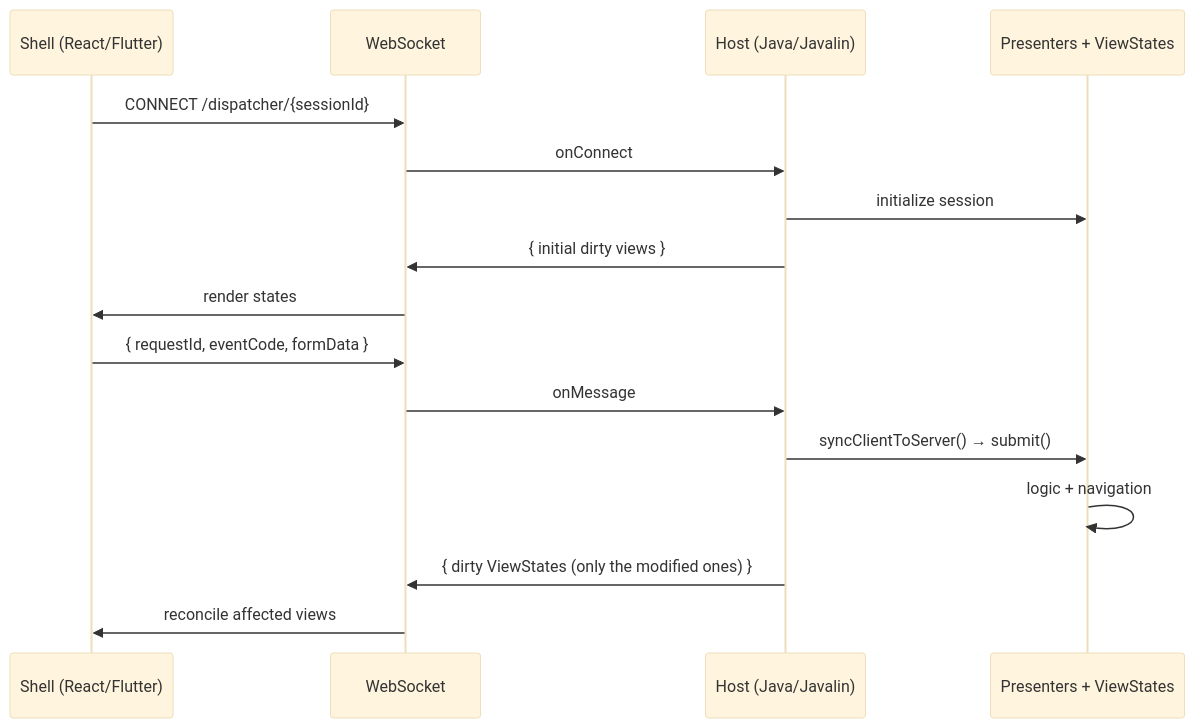
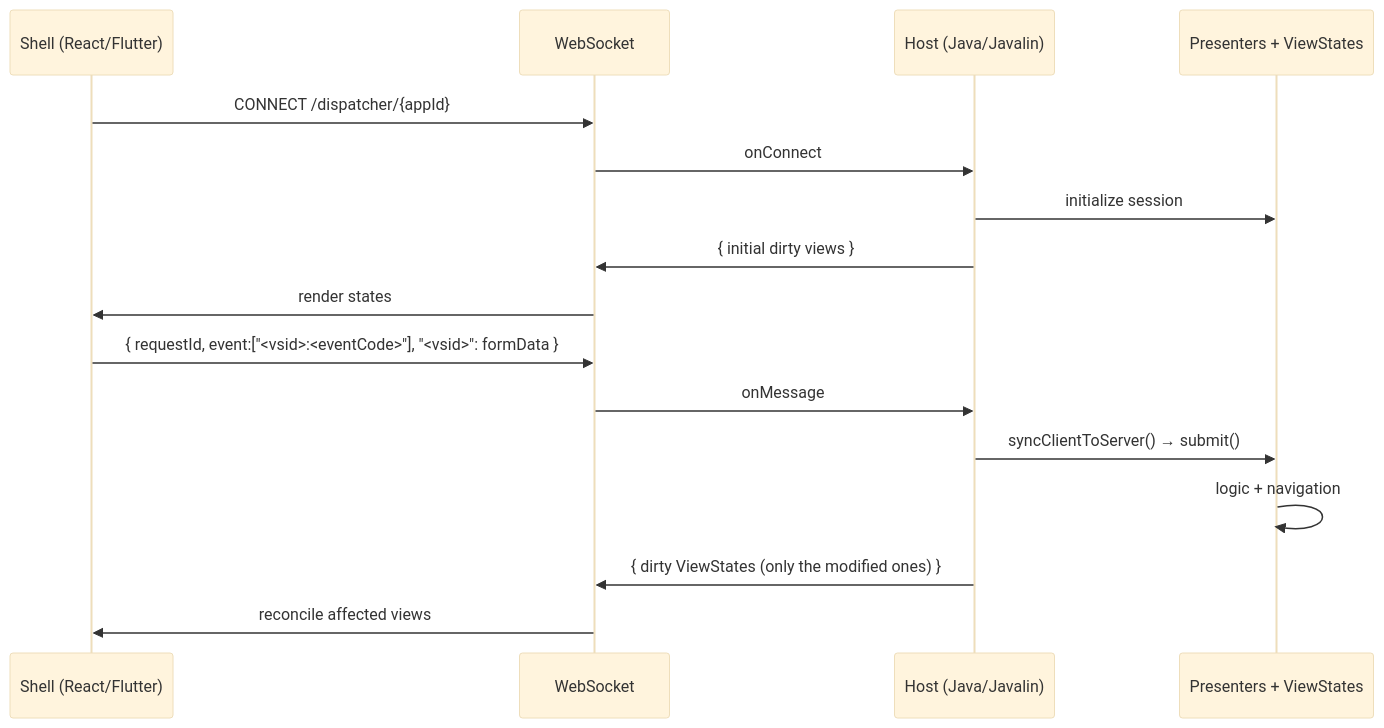
The fourth of 4 diagrams in docs/cube-mvp-multiplatform-architecture.md (mrcdom/wdc-cube-java-v2), drawn with Mermaid (base theme) before and after one commit. The commit also changed other lines of this file and 50 other files, not shown here.

````diff
--- a/docs/cube-mvp-multiplatform-architecture.md
+++ b/docs/cube-mvp-multiplatform-architecture.md
@@ -627,20 +696,20 @@
 ```mermaid
 sequenceDiagram
     participant Shell as Shell (React/Flutter)
     participant WS as WebSocket
     participant Host as Host (Java/Javalin)
     participant Presenters as Presenters + ViewStates
 
-    Shell->>WS: CONNECT /dispatcher/{sessionId}
+    Shell->>WS: CONNECT /dispatcher/{appId}
     WS->>Host: onConnect
     Host->>Presenters: initialize session
     Host->>WS: { initial dirty views }
     WS->>Shell: render states
 
-    Shell->>WS: { requestId, eventCode, formData }
+    Shell->>WS: { requestId, event:["<vsid>:<eventCode>"], "<vsid>": formData }
     WS->>Host: onMessage
     Host->>Presenters: syncClientToServer() → submit()
     Presenters->>Presenters: logic + navigation
     Host->>WS: { dirty ViewStates (only the modified ones) }
     WS->>Shell: reconcile affected views
 ```
````
